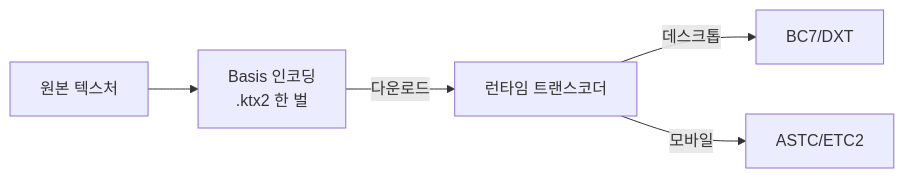
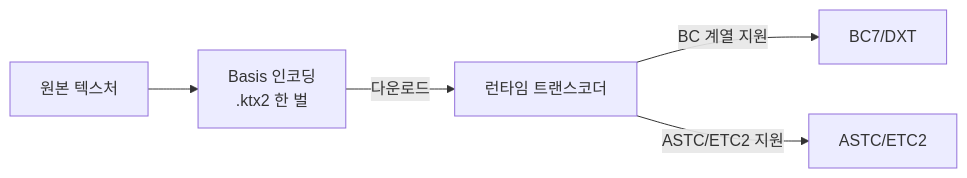
One commit to Rein-ArXiv/game-dev-curriculum changed the fifth of 6 diagrams in platform/part04_web.md. Above: the diagram before and after it, drawn with Mermaid. The commit also changed other lines of this file and 279 other files, not shown here.

````diff
--- a/platform/part04_web.md
+++ b/platform/part04_web.md
@@ -310,7 +316,7 @@
 ```mermaid
 flowchart LR
     Src[원본 텍스처] --> Basis[Basis 인코딩<br/>.ktx2 한 벌]
     Basis -->|다운로드| RT[런타임 트랜스코더]
-    RT -->|데스크톱| BC[BC7/DXT]
-    RT -->|모바일| ASTC[ASTC/ETC2]
+    RT -->|BC 계열 지원| BC[BC7/DXT]
+    RT -->|ASTC/ETC2 지원| ASTC[ASTC/ETC2]
 ```
````
